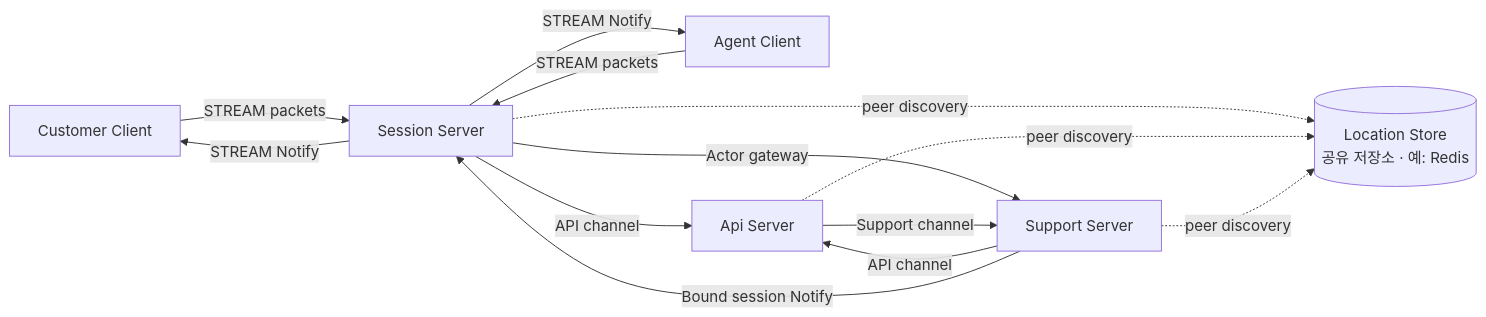
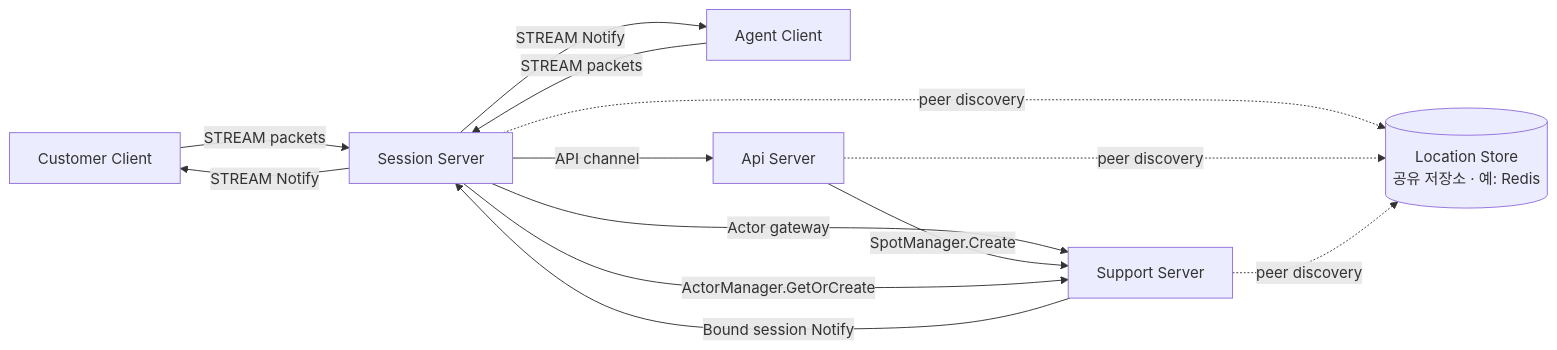
Before and after one commit to kairos-code-dev/zlink: the first of 9 diagrams in framework/doc/framework/common/sample/supportchat/README.ko.md, drawn with Mermaid. The commit also changed other lines of this file and 1160 other files, not shown here.

````diff
--- a/framework/doc/framework/common/sample/supportchat/README.ko.md
+++ b/framework/doc/framework/common/sample/supportchat/README.ko.md
@@ -52,22 +54,22 @@
 ```mermaid
 graph LR
     C[Customer Client]
     A[Agent Client]
     S[Session Server]
     API[Api Server]
     SUP[Support Server]
     LS[("Location Store<br/>공유 저장소 · 예: Redis")]
 
     C -->|STREAM packets| S
     A -->|STREAM packets| S
     S -->|API channel| API
     S -->|Actor gateway| SUP
-    SUP -->|API channel| API
-    API -->|Support channel| SUP
+    API -->|SpotManager.Create| SUP
+    S -->|ActorManager.GetOrCreate| SUP
     SUP -->|Bound session Notify| S
     S -->|STREAM Notify| C
     S -->|STREAM Notify| A
     S -. peer discovery .-> LS
     API -. peer discovery .-> LS
     SUP -. peer discovery .-> LS
 ```
````
